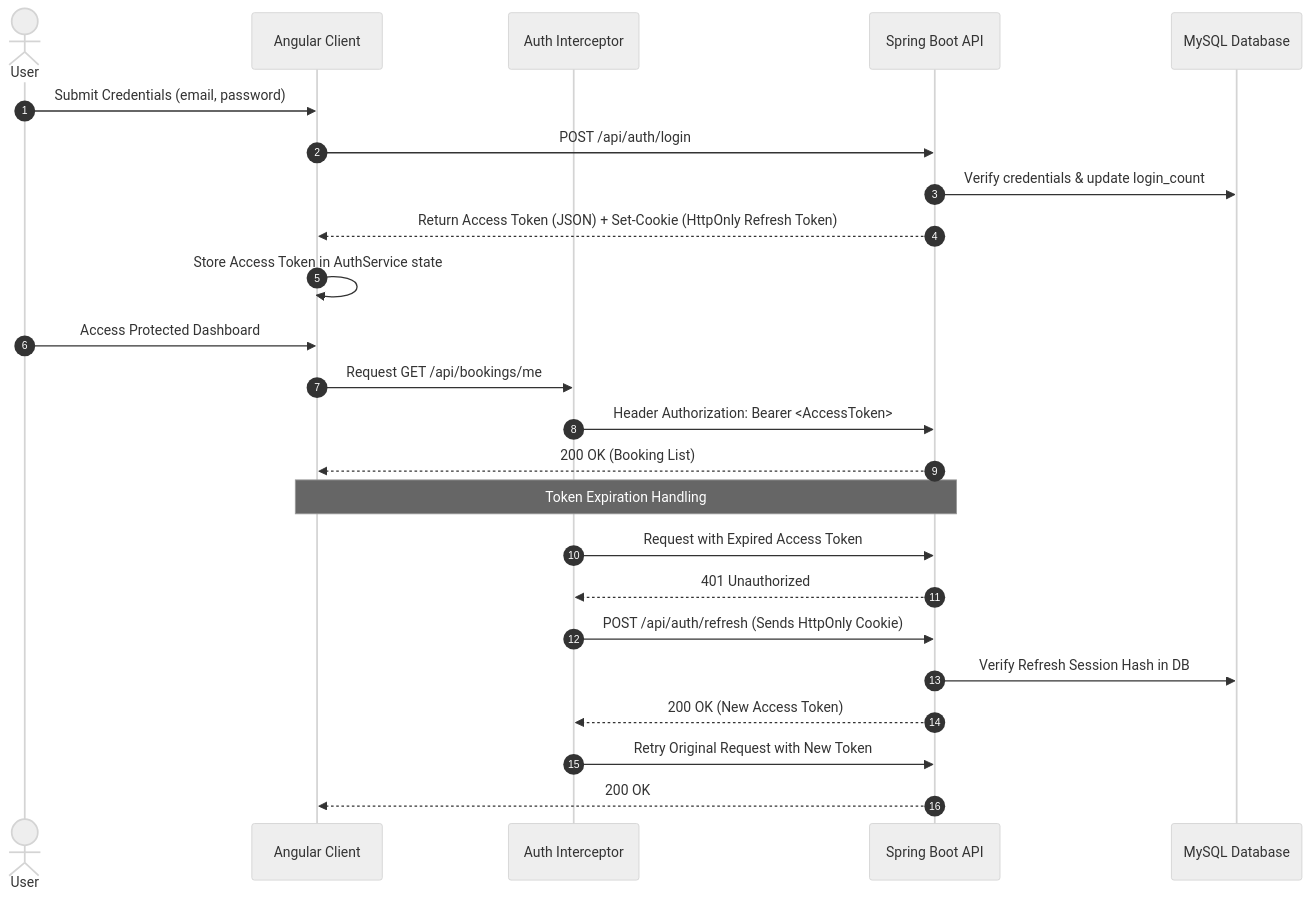
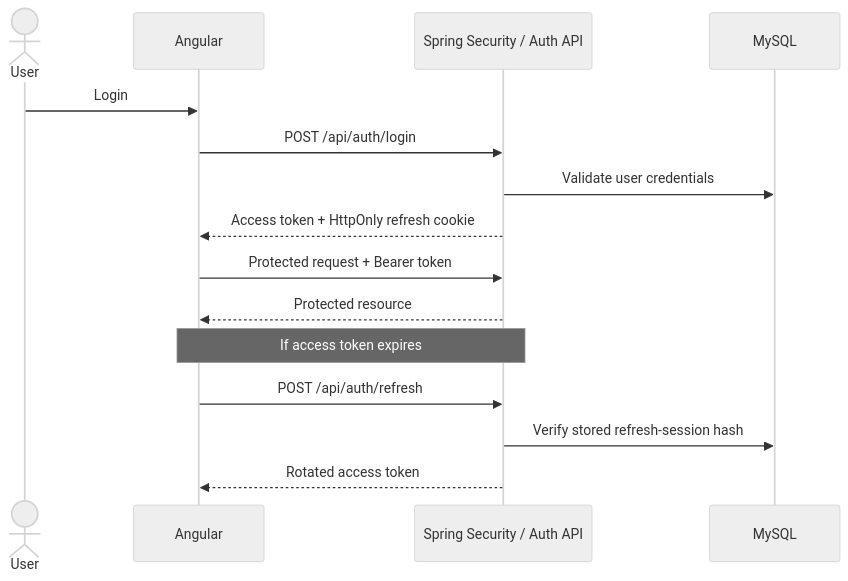
Before and after one commit to shawky2002020/tvs-spaces: the fourth of 4 diagrams in README.md, drawn with Mermaid (neutral theme). The commit also changed other lines of this file, not shown here.

````diff
--- a/README.md
+++ b/README.md
@@ -289,29 +227,18 @@
 ```mermaid
 sequenceDiagram
-    autonumber
     actor User
-    participant Angular as Angular Client
-    participant Interceptor as Auth Interceptor
-    participant API as Spring Boot API
-    participant DB as MySQL Database
+    participant Angular
+    participant API as Spring Security / Auth API
+    participant DB as MySQL
 
-    User->>Angular: Submit Credentials (email, password)
+    User->>Angular: Login
     Angular->>API: POST /api/auth/login
-    API->>DB: Verify credentials & update login_count
-    API-->>Angular: Return Access Token (JSON) + Set-Cookie (HttpOnly Refresh Token)
-    Angular->>Angular: Store Access Token in AuthService state
-    
-    User->>Angular: Access Protected Dashboard
-    Angular->>Interceptor: Request GET /api/bookings/me
-    Interceptor->>API: Header Authorization: Bearer <AccessToken>
-    API-->>Angular: 200 OK (Booking List)
-
-    Note over Angular, API: Token Expiration Handling
-    Interceptor->>API: Request with Expired Access Token
-    API-->>Interceptor: 401 Unauthorized
-    Interceptor->>API: POST /api/auth/refresh (Sends HttpOnly Cookie)
-    API->>DB: Verify Refresh Session Hash in DB
-    API-->>Interceptor: 200 OK (New Access Token)
-    Interceptor->>API: Retry Original Request with New Token
-    API-->>Angular: 200 OK
+    API->>DB: Validate user credentials
+    API-->>Angular: Access token + HttpOnly refresh cookie
+    Angular->>API: Protected request + Bearer token
+    API-->>Angular: Protected resource
+    Note over Angular,API: If access token expires
+    Angular->>API: POST /api/auth/refresh
+    API->>DB: Verify stored refresh-session hash
+    API-->>Angular: Rotated access token
 ```
````
